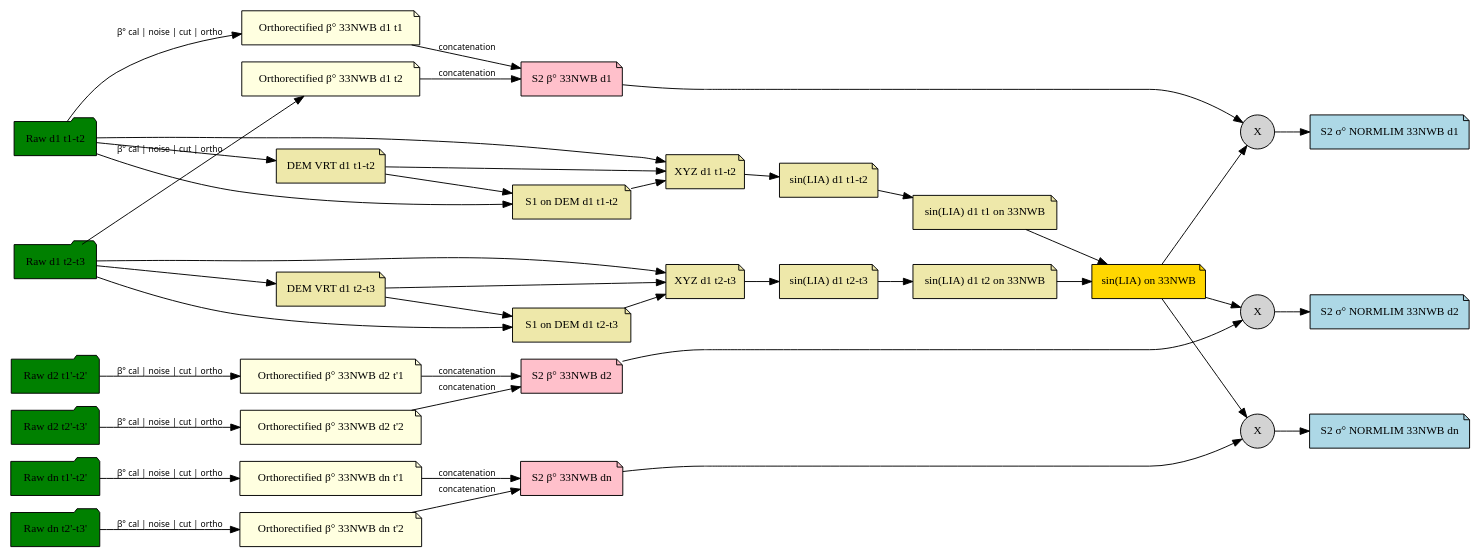
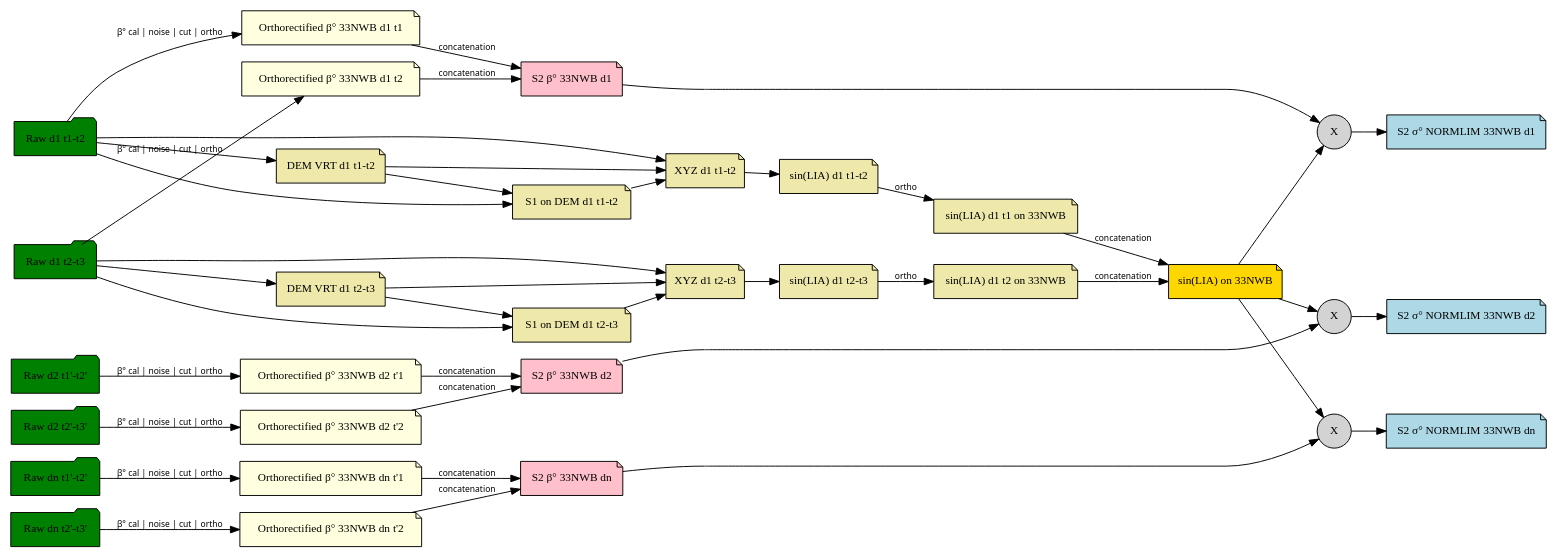
Before and after one commit to CNES/S1Tiling: the second of 2 diagrams in docs/dataflow-normlim.rst, drawn with Graphviz. The commit also changed 1 other file, not shown here.

Commit message:
DOC: Fix γ°RTC dataflow

```diff
--- a/docs/dataflow-normlim.rst
+++ b/docs/dataflow-normlim.rst
@@ -463,11 +463,14 @@
          xyz_d1_t1t2 [label="XYZ d1 t1-t2", fillcolor=palegoldenrod];
          xyz_d1_t2t3 [label="XYZ d1 t2-t3", fillcolor=palegoldenrod];
 
+         # LIA on S1
          lia_d1_t1t2 [label="sin(LIA) d1 t1-t2", fillcolor=palegoldenrod];
          lia_d1_t2t3 [label="sin(LIA) d1 t2-t3", fillcolor=palegoldenrod];
 
+         # LIA orthorectified on S2
          o_lia_d1_t1 [label="sin(LIA) d1 t1 on 33NWB", fillcolor=palegoldenrod];
          o_lia_d1_t2 [label="sin(LIA) d1 t2 on 33NWB", fillcolor=palegoldenrod];
+         # LIA concatenated a selected (best coverage)
          nwb_lia     [label="sin(LIA) on 33NWB", fillcolor=gold];
 
          nwb_d1      [label="S2 σ° NORMLIM 33NWB d1", fillcolor=lightblue];
@@ -486,21 +489,21 @@
          raw_d1_t1t2 -> S1_on_DEM_d1_t1t2;
          raw_d1_t2t3 -> S1_on_DEM_d1_t2t3;
 
-         vrt_d1_t1t2 -> xyz_d1_t1t2;
-         vrt_d1_t2t3 -> xyz_d1_t2t3;
-         raw_d1_t1t2 -> xyz_d1_t1t2;
-         raw_d1_t2t3 -> xyz_d1_t2t3;
+         vrt_d1_t1t2       -> xyz_d1_t1t2;
+         vrt_d1_t2t3       -> xyz_d1_t2t3;
+         raw_d1_t1t2       -> xyz_d1_t1t2;
+         raw_d1_t2t3       -> xyz_d1_t2t3;
          S1_on_DEM_d1_t1t2 -> xyz_d1_t1t2;
          S1_on_DEM_d1_t2t3 -> xyz_d1_t2t3;
 
          xyz_d1_t1t2 -> lia_d1_t1t2 [label=""];
          xyz_d1_t2t3 -> lia_d1_t2t3 [label=""];
 
-         lia_d1_t1t2 -> o_lia_d1_t1;
-         lia_d1_t2t3 -> o_lia_d1_t2;
+         lia_d1_t1t2 -> o_lia_d1_t1 [label="ortho"];
+         lia_d1_t2t3 -> o_lia_d1_t2 [label="ortho"];
 
-         o_lia_d1_t1 -> nwb_lia;
-         o_lia_d1_t2 -> nwb_lia;
+         o_lia_d1_t1 -> nwb_lia [label="concatenation"];
+         o_lia_d1_t2 -> nwb_lia [label="concatenation"];
 
          nwb_lia   -> mult_d1;
          nwb_lia   -> mult_d2;
```
